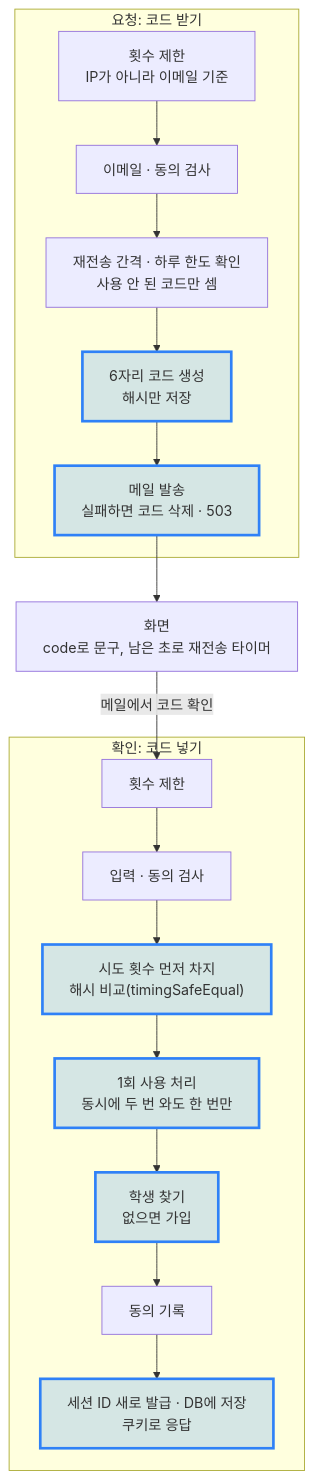
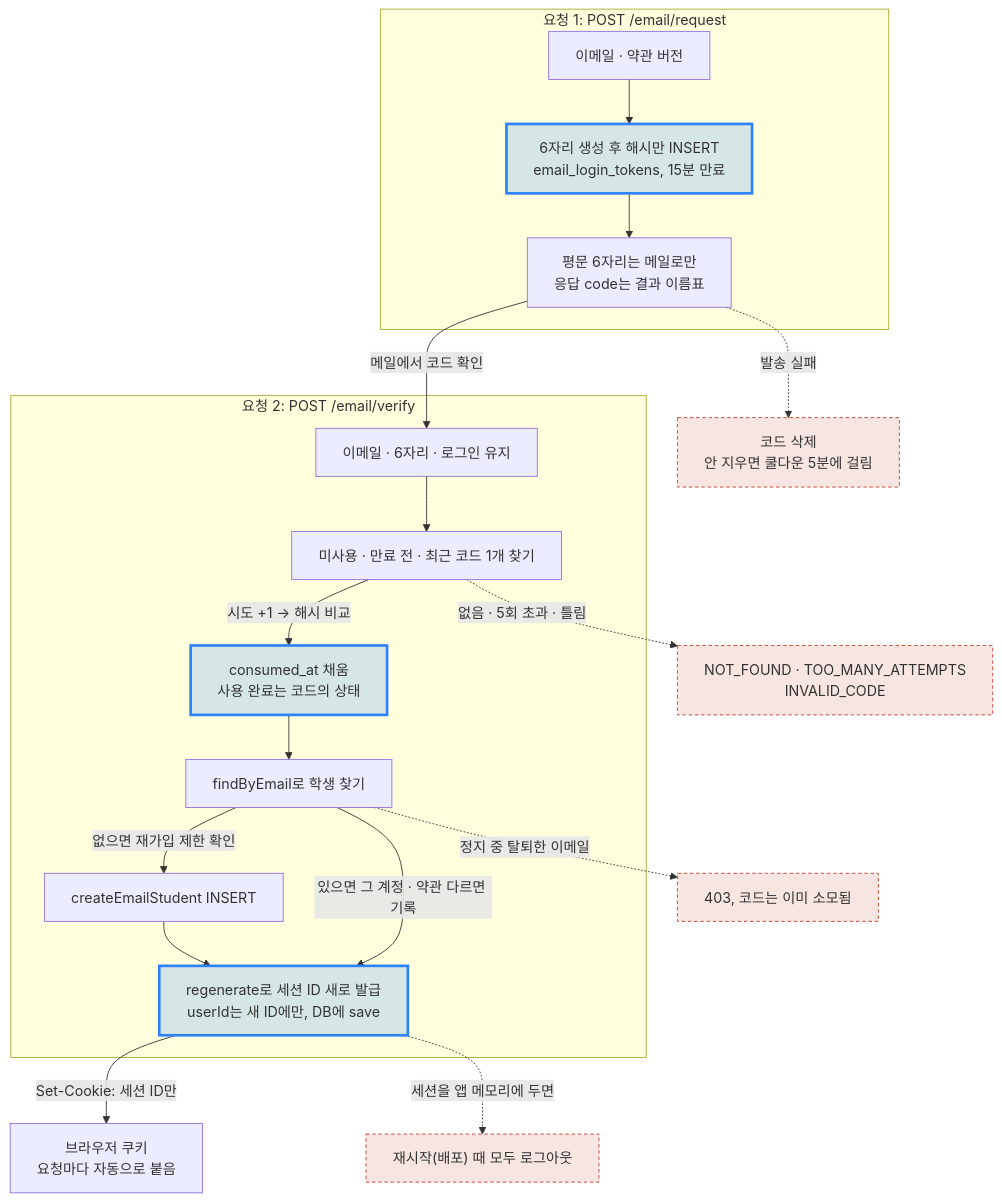
Before and after one commit to ChildrenAon/TIL: the first of 2 diagrams in 2026/November/11-10.md, drawn with Mermaid. The commit also changed other lines of this file, not shown here.

Commit message:
[ONE Student] 이메일 로그인 [정보보안] TLS · TCP/UDP
고침: 맨 위 그림을 그날 내용이 담긴 그림 한 장으로 바꿈

````diff
--- a/2026/November/11-10.md
+++ b/2026/November/11-10.md
@@ -25,20 +26,26 @@
 ```mermaid
 %%{init: {"flowchart": {"wrappingWidth": 600}, "themeCSS": ".edgeLabel div { display: table-cell !important; width: auto !important; max-width: none !important; white-space: nowrap !important; } .edgeLabel p { padding: 5px 12px !important; margin: 0 !important; background: #55555599; } .edgeLabel, .edgeLabel span, .edgeLabel .labelBkg { background: transparent !important; }"}}%%
 flowchart TD
-  subgraph REQ["요청: 코드 받기"]
-    R1["횟수 제한<br/>IP가 아니라 이메일 기준"] --> R2["이메일 · 동의 검사"]
-    R2 --> R3["재전송 간격 · 하루 한도 확인<br/>사용 안 된 코드만 셈"]
-    R3 --> R4["6자리 코드 생성<br/>해시만 저장"] --> R5["메일 발송<br/>실패하면 코드 삭제 · 503"]
+  subgraph Q1["요청 1: POST /email/request"]
+    A["이메일 · 약관 버전"] --> B["6자리 생성 후 해시만 INSERT<br/>email_login_tokens, 15분 만료"]
+    B --> C["평문 6자리는 메일로만<br/>응답 code는 결과 이름표"]
   end
-  subgraph VER["확인: 코드 넣기"]
-    V1["횟수 제한"] --> V2["입력 · 동의 검사"]
-    V2 --> V3["시도 횟수 먼저 차지<br/>해시 비교(timingSafeEqual)"]
-    V3 --> V4["1회 사용 처리<br/>동시에 두 번 와도 한 번만"]
-    V4 --> V5["학생 찾기<br/>없으면 가입"] --> V6["동의 기록"]
-    V6 --> V7["세션 ID 새로 발급 · DB에 저장<br/>쿠키로 응답"]
+  subgraph Q2["요청 2: POST /email/verify"]
+    D["이메일 · 6자리 · 로그인 유지"] --> E["미사용 · 만료 전 · 최근 코드 1개 찾기"]
+    E -->|"시도 +1 → 해시 비교"| G["consumed_at 채움<br/>사용 완료는 코드의 상태"]
+    G --> H["findByEmail로 학생 찾기"]
+    H -->|"없으면 재가입 제한 확인"| I["createEmailStudent INSERT"]
+    I --> S["regenerate로 세션 ID 새로 발급<br/>userId는 새 ID에만, DB에 save"]
+    H -->|"있으면 그 계정 · 약관 다르면 기록"| S
   end
-  R5 --> UI["화면<br/>code로 문구, 남은 초로 재전송 타이머"]
-  UI -->|"메일에서 코드 확인"| V1
+  C -->|"메일에서 코드 확인"| D
+  C -.->|"발송 실패"| F1["코드 삭제<br/>안 지우면 쿨다운 5분에 걸림"]
+  E -.->|"없음 · 5회 초과 · 틀림"| X1["NOT_FOUND · TOO_MANY_ATTEMPTS<br/>INVALID_CODE"]
+  H -.->|"정지 중 탈퇴한 이메일"| X2["403, 코드는 이미 소모됨"]
+  S -->|"Set-Cookie: 세션 ID만"| K["브라우저 쿠키<br/>요청마다 자동으로 붙음"]
+  S -.->|"세션을 앱 메모리에 두면"| M["재시작(배포) 때 모두 로그아웃"]
   classDef seen fill:#2f81f733,stroke:#2f81f7,stroke-width:3px
-  class R4,R5,V3,V4,V5,V7 seen
+  classDef bad fill:#c2402a22,stroke:#c2402a,stroke-dasharray:4 3
+  class B,G,S seen
+  class F1,X1,X2,M bad
 ```
````
